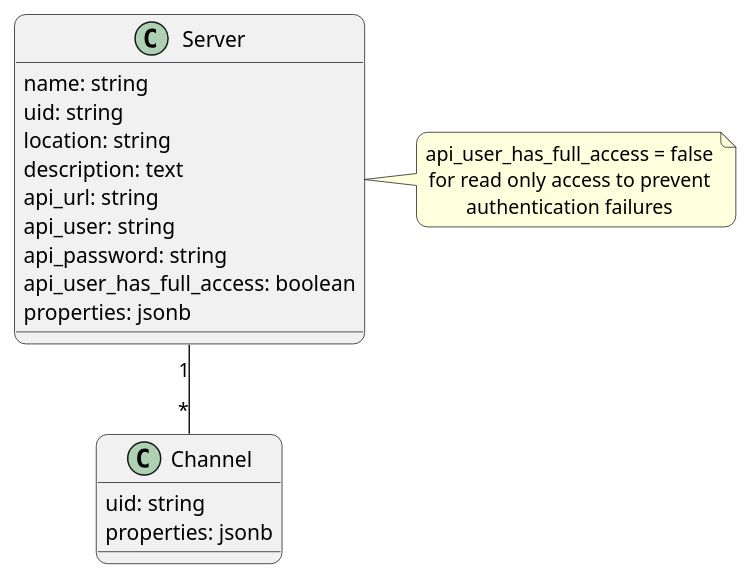
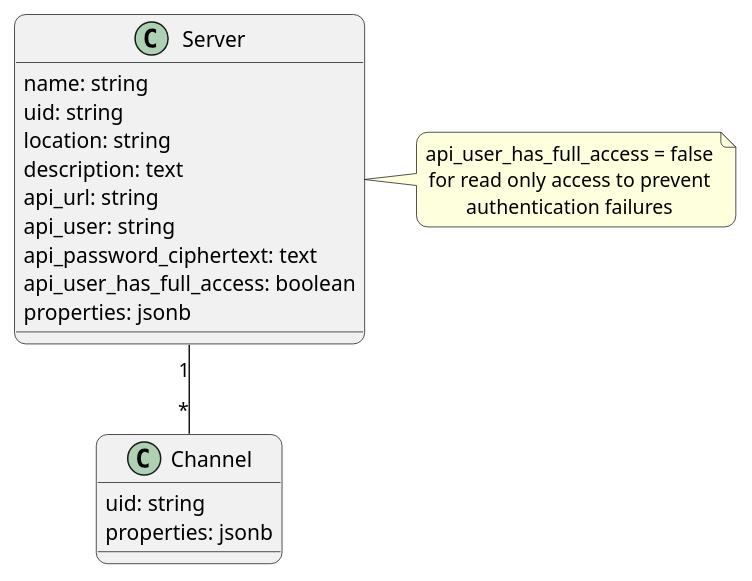
The diagram in doc/dev-notes/models.puml (swobspace/mirco), drawn with PlantUML before and after one commit. The commit also changed 1 other file, not shown here.

Commit message:
update attribute api_password for lockbox

```diff
--- a/doc/dev-notes/models.puml
+++ b/doc/dev-notes/models.puml
@@ -1,29 +1,29 @@
 @startuml
 top to bottom direction
 skinparam defaultTextAlignment center
 skinparam roundCorner 15
 
 class Server  {
   name: string
   uid: string
   location: string
   description: text
   api_url: string
   api_user: string
-  api_password: string
+  api_password_ciphertext: text
   api_user_has_full_access: boolean
   properties: jsonb
 }
 note right of Server
   api_user_has_full_access = false
   for read only access to prevent
   authentication failures
 end note
 
 class Channel {
   uid: string
   properties: jsonb
 }
 
 Server "1" -- "*" Channel
 @enduml
```
